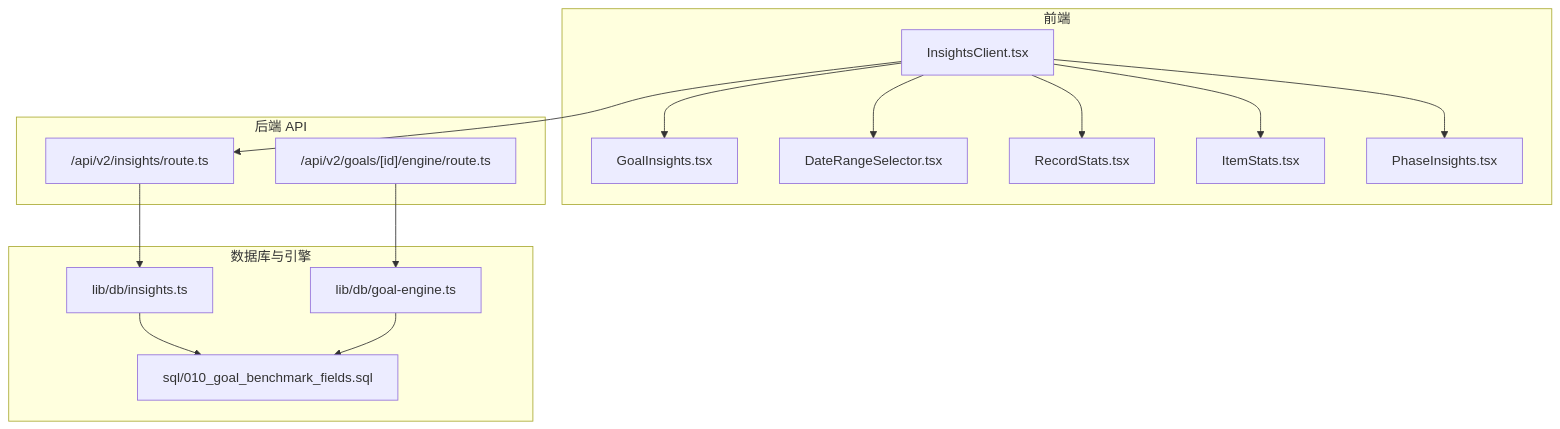
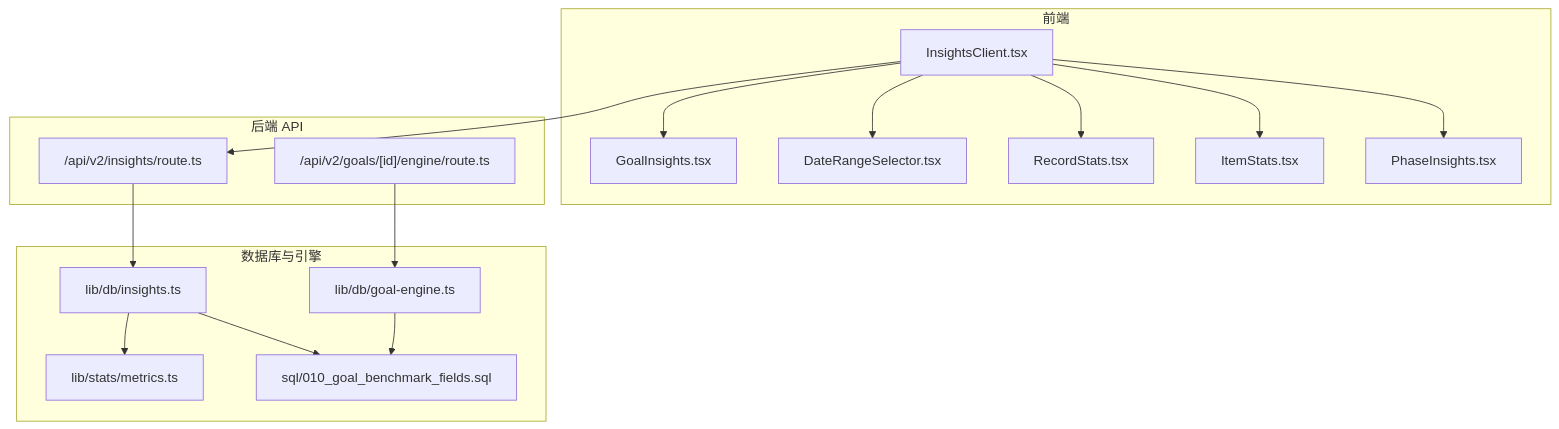
Before and after one commit to bbong1234/TETO: the first of 9 diagrams in .qoder/repowiki/zh/content/核心功能模块/洞察分析系统/目标洞察分析.md, drawn with Mermaid. The commit also changed other lines of this file and 352 other files, not shown here.

````diff
--- a/.qoder/repowiki/zh/content/核心功能模块/洞察分析系统/目标洞察分析.md
+++ b/.qoder/repowiki/zh/content/核心功能模块/洞察分析系统/目标洞察分析.md
@@ -40,30 +51,32 @@
 ```mermaid
 graph TB
 subgraph "前端"
 IC["InsightsClient.tsx"]
 GI["GoalInsights.tsx"]
 DR["DateRangeSelector.tsx"]
 RS["RecordStats.tsx"]
 IS["ItemStats.tsx"]
 PI["PhaseInsights.tsx"]
 end
 subgraph "后端 API"
 APII["/api/v2/insights/route.ts"]
 APG["/api/v2/goals/[id]/engine/route.ts"]
 end
 subgraph "数据库与引擎"
 INS["lib/db/insights.ts"]
 GE["lib/db/goal-engine.ts"]
+MET["lib/stats/metrics.ts"]
 SQL["sql/010_goal_benchmark_fields.sql"]
 end
 IC --> DR
 IC --> APII
 IC --> GI
 IC --> RS
 IC --> IS
 IC --> PI
 APII --> INS
 APG --> GE
+INS --> MET
 INS --> SQL
 GE --> SQL
 ```
````
